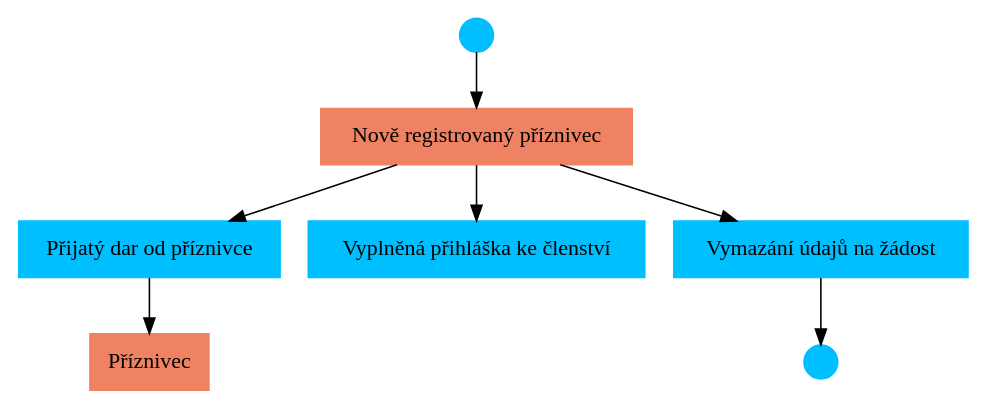
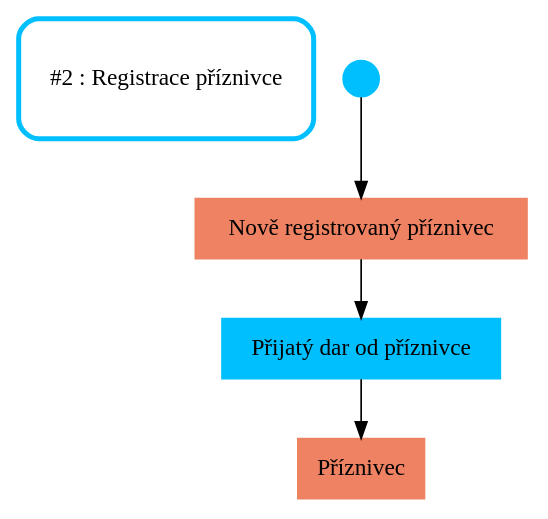
One commit to jstrachota/party_processes changed the diagram in _data/processes/02_registrace_priznivce.dot. Above: the diagram before and after it, drawn with Graphviz. The commit also changed 10 other files, not shown here.

```diff
--- a/_data/processes/02_registrace_priznivce.dot
+++ b/_data/processes/02_registrace_priznivce.dot
@@ -1,27 +1,27 @@
 digraph G {
   graph [ fontname = "Helvetica-Oblique", size = "8,8" ];
   node [ shape = polygon,
     sides = 4,
     color = deepskyblue,
     style = filled,
     fontname = "Helvetica-Outline" ];
 
-//  owner [shape=rect style=rounded penwidth=3 height=1.0 label="Registr\n\Registrace příznivce\n\nv 1.0"]
+  owner [shape=rect style=rounded penwidth=3 height=1.0 label="#2 : Registrace příznivce"]
 
   start -> nezaplaceny_priznivec -> prijeti_daru -> priznivec
 
   # nezaplaceny priznivec zada o clenstvi
-  nezaplaceny_priznivec -> zadost_o_clenstvi
+  #nezaplaceny_priznivec -> zadost_o_clenstvi
 
   # Vymazani udaju subjektu na zadost
-  nezaplaceny_priznivec -> vymazani_udaju -> end
+  #nezaplaceny_priznivec -> vymazani_udaju -> end
 
   start [shape=point height=0.3 label="Start"]
   nezaplaceny_priznivec [label="Nově registrovaný příznivec", color=salmon2]
   priznivec [label="Příznivec",color=salmon2]
-  zadost_o_clenstvi[label="Vyplněná přihláška ke členství"]
+#  zadost_o_clenstvi[label="Vyplněná přihláška ke členství"]
   prijeti_daru[label="Přijatý dar od příznivce"]
-  vymazani_udaju[label="Vymazání údajů na žádost"]
-  end [shape=point height=0.3 label="Konec"]
+#  vymazani_udaju[label="Vymazání údajů na žádost"]
+#  end [shape=point height=0.3 label="Konec"]
 
 }
```
